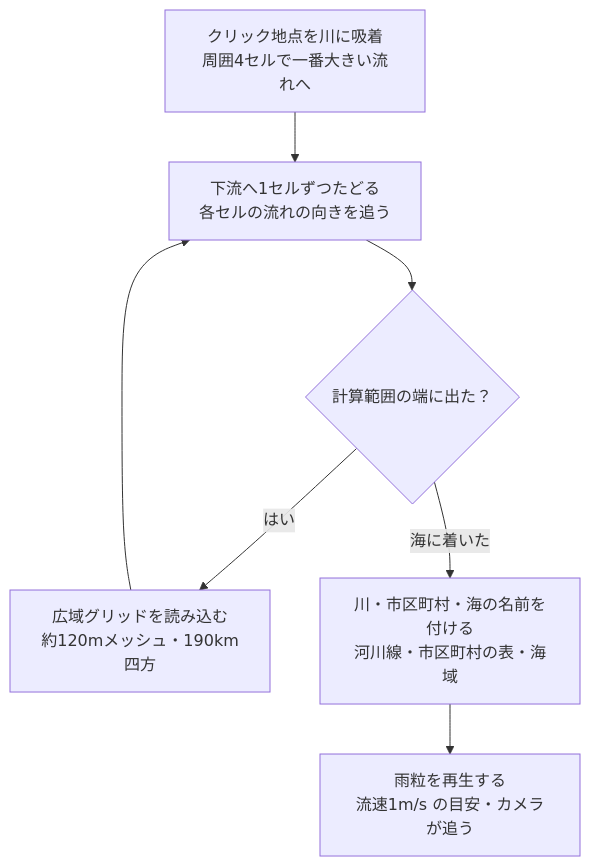
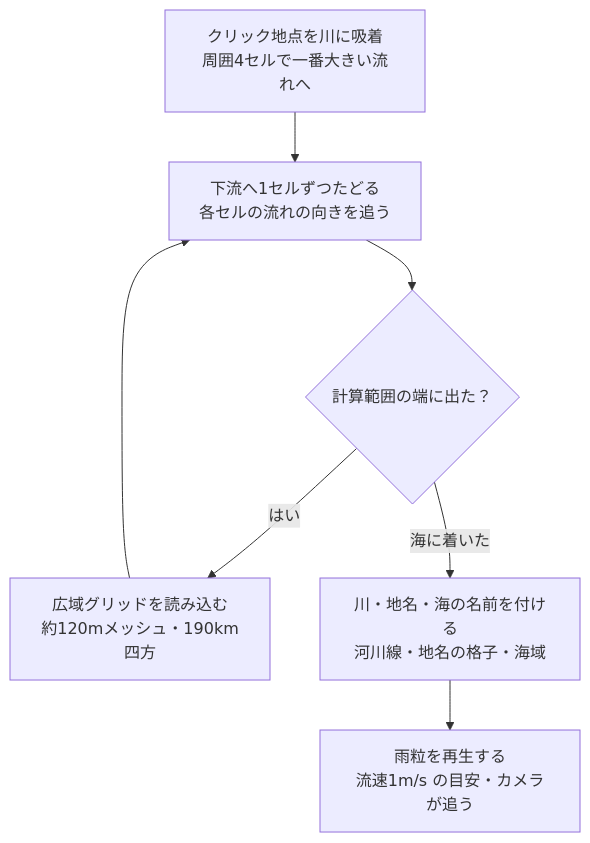
Before and after one commit to yokinist/ryuiki-map: the second of 4 diagrams in README.md, drawn with Mermaid. The commit also changed other lines of this file and 3 other files, not shown here.

````diff
--- a/README.md
+++ b/README.md
@@ -95,9 +96,9 @@
 ```mermaid
 flowchart TD
   snap["クリック地点を川に吸着<br/>周囲4セルで一番大きい流れへ"] --> trace["下流へ1セルずつたどる<br/>各セルの流れの向きを追う"]
   trace --> edge{"計算範囲の端に出た？"}
   edge -- "はい" --> wide["広域グリッドを読み込む<br/>約120mメッシュ・190km四方"]
   wide --> trace
-  edge -- "海に着いた" --> names["川・市区町村・海の名前を付ける<br/>河川線・市区町村の表・海域"]
+  edge -- "海に着いた" --> names["川・地名・海の名前を付ける<br/>河川線・地名の格子・海域"]
   names --> play["雨粒を再生する<br/>流速1m/s の目安・カメラが追う"]
 ```
````
